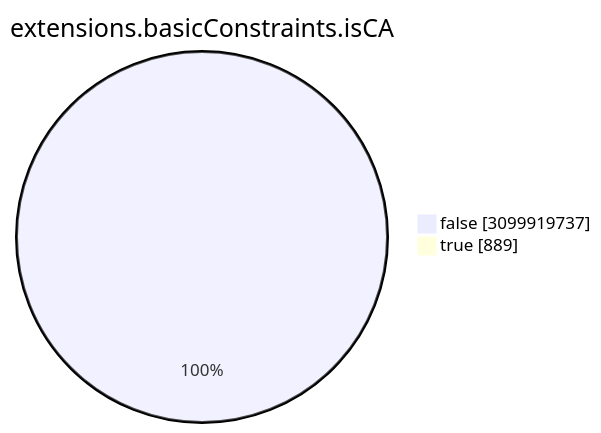
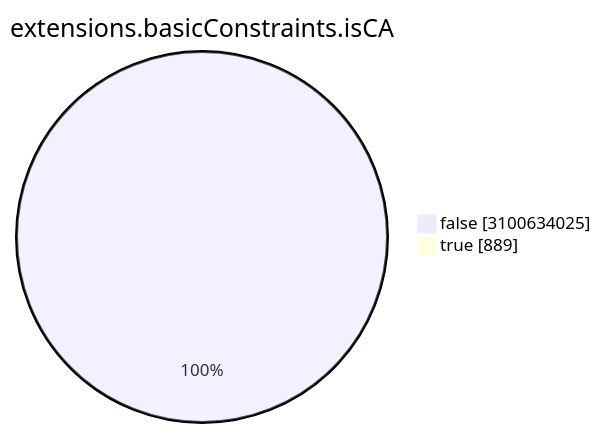
The seventh of 15 diagrams in TOTAL/README.md (christiankrug/ctmonitor_visualization), drawn with Mermaid before and after one commit. The commit also changed other lines of this file, not shown here.

````diff
--- a/TOTAL/README.md
+++ b/TOTAL/README.md
@@ -3088,6 +3088,6 @@
 ```mermaid
 pie showData
 title extensions.basicConstraints.isCA
-"false" :3099919737
+"false" :3100634025
 "true" :889
 ```
````
